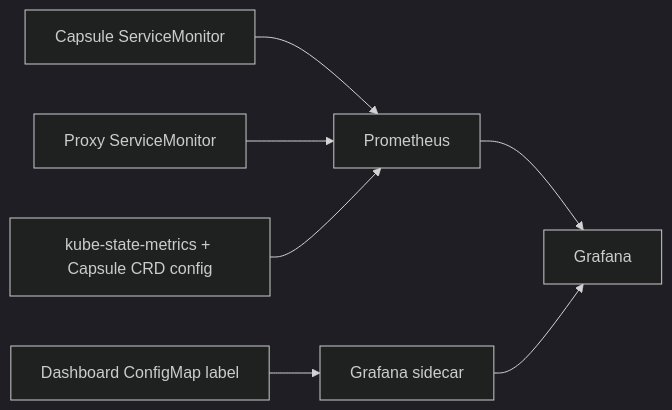
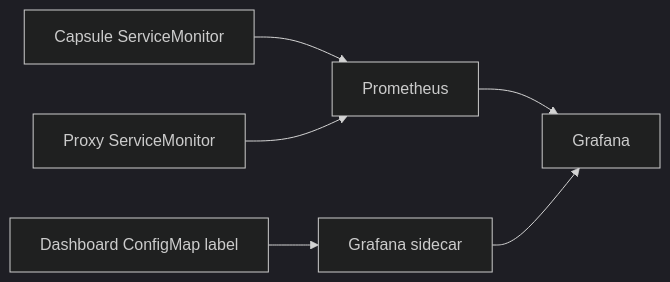
One commit to thaihoc1310/tenantry changed the second of 2 diagrams in CAPSULE-LAB-DEEP-DIVE.md. Above: the diagram before and after it, drawn with Mermaid (dark theme). The commit also changed other lines of this file and 9 other files, not shown here.

````diff
--- a/CAPSULE-LAB-DEEP-DIVE.md
+++ b/CAPSULE-LAB-DEEP-DIVE.md
@@ -753,9 +740,8 @@
 ```mermaid
 flowchart LR
     SM1["Capsule ServiceMonitor"] --> P["Prometheus"]
     SM2["Proxy ServiceMonitor"] --> P
-    KSM["kube-state-metrics + Capsule CRD config"] --> P
     P --> G["Grafana"]
     D["Dashboard ConfigMap label"] --> GS["Grafana sidecar"]
     GS --> G
 ```
````
